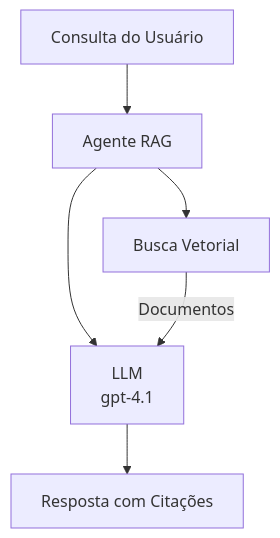
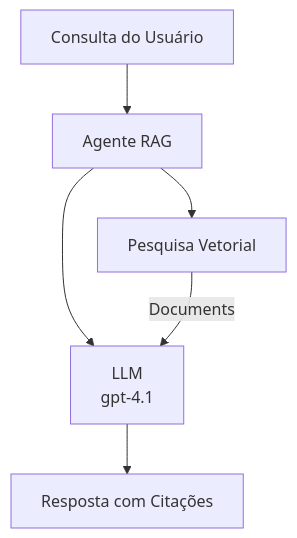
Before and after one commit to microsoft/AZD-for-beginners: the second of 3 diagrams in translations/pt-BR/docs/chapter-02-ai-development/agents.md, drawn with Mermaid. The commit also changed other lines of this file and 59 other files, not shown here.

````diff
--- a/translations/pt-BR/docs/chapter-02-ai-development/agents.md
+++ b/translations/pt-BR/docs/chapter-02-ai-development/agents.md
@@ -181,8 +181,8 @@
 ```mermaid
 graph TD
     Query[Consulta do Usuário] --> RAG[Agente RAG]
-    RAG --> Vector[Busca Vetorial]
+    RAG --> Vector[Pesquisa Vetorial]
     RAG --> LLM[LLM<br/>gpt-4.1]
-    Vector -- Documentos --> LLM
+    Vector -- Documents --> LLM
     LLM --> Response[Resposta com Citações]
 ```
````
